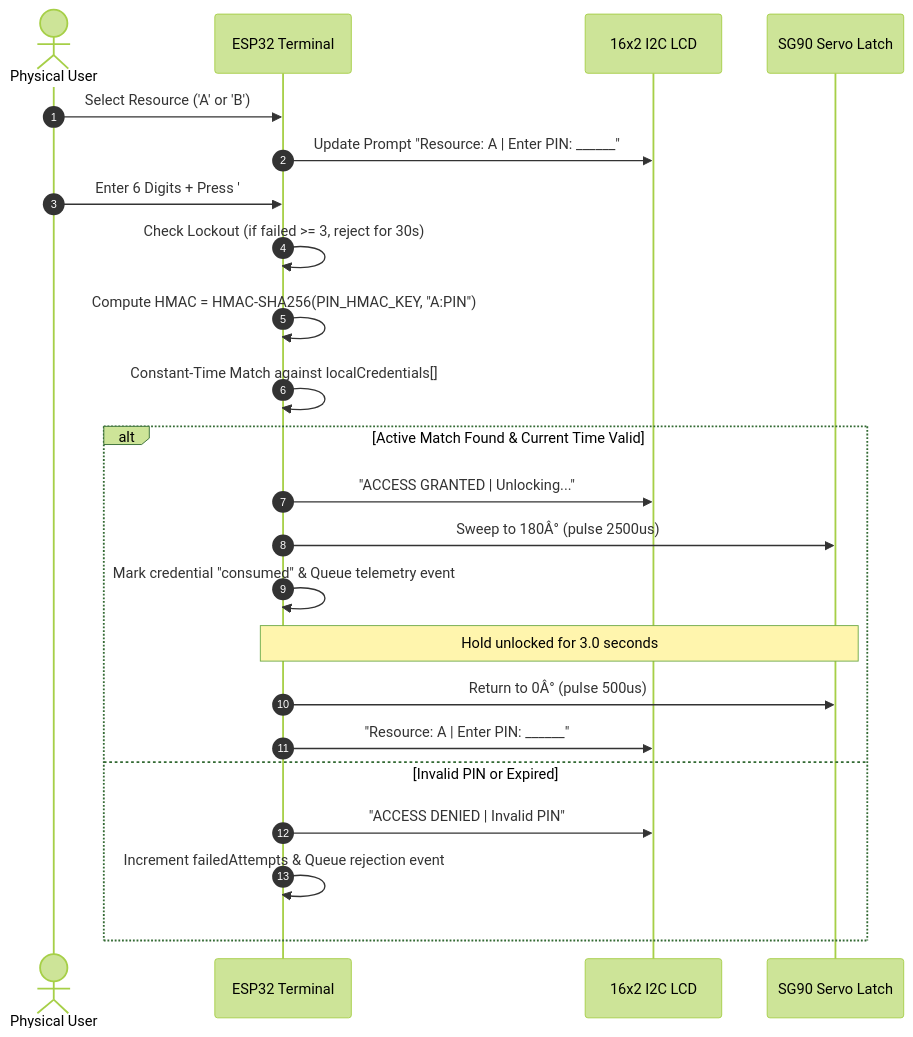
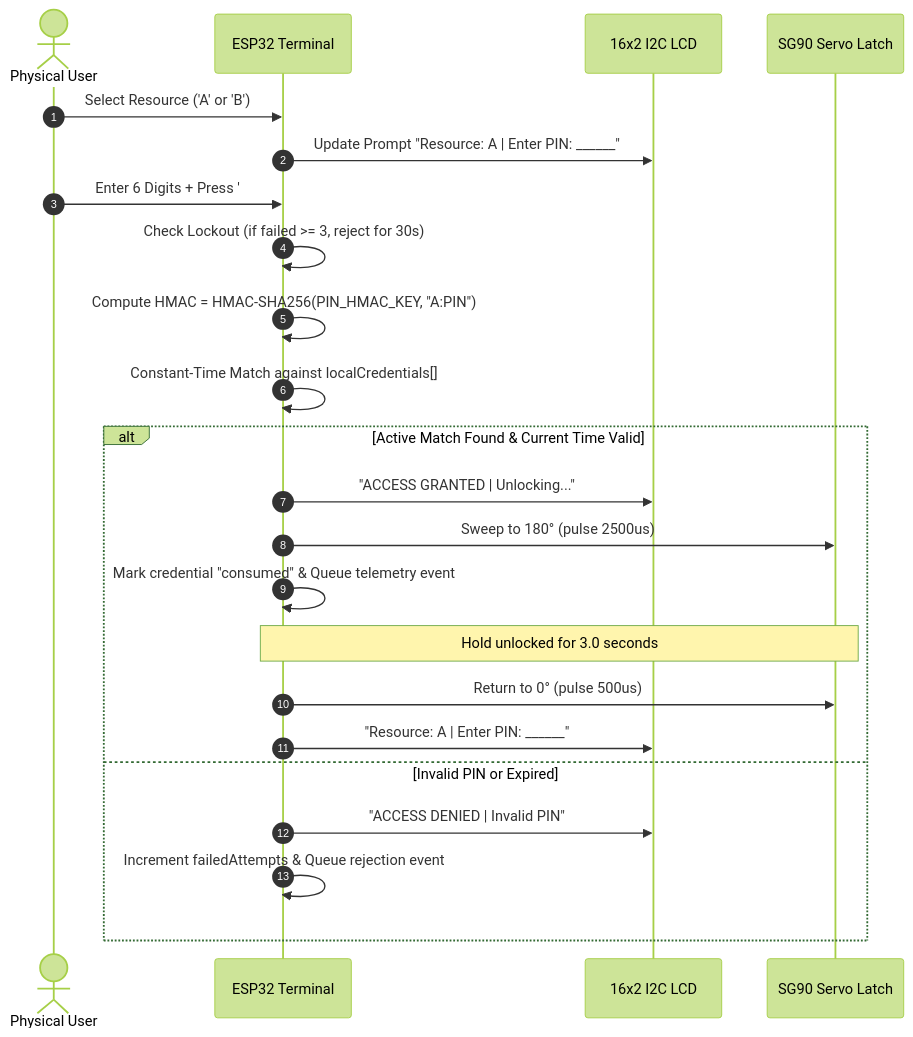
Before and after one commit to santa0705/digital-key-access-control: the second of 3 diagrams in docs/architecture.md, drawn with Mermaid (forest theme). The commit also changed other lines of this file and 4 other files, not shown here.

````diff
--- a/docs/architecture.md
+++ b/docs/architecture.md
@@ -76,27 +76,27 @@
 ```mermaid
 sequenceDiagram
     autonumber
     actor User as Physical User
     participant Terminal as ESP32 Terminal
     participant LCD as 16x2 I2C LCD
     participant Latch as SG90 Servo Latch
 
     User->>Terminal: Select Resource ('A' or 'B')
     Terminal->>LCD: Update Prompt "Resource: A | Enter PIN: ______"
     User->>Terminal: Enter 6 Digits + Press '#'
     Terminal->>Terminal: Check Lockout (if failed >= 3, reject for 30s)
     Terminal->>Terminal: Compute HMAC = HMAC-SHA256(PIN_HMAC_KEY, "A:PIN")
     Terminal->>Terminal: Constant-Time Match against localCredentials[]
 
     alt Active Match Found & Current Time Valid
         Terminal->>LCD: "ACCESS GRANTED | Unlocking..."
-        Terminal->>Latch: Sweep to 180Â° (pulse 2500us)
+        Terminal->>Latch: Sweep to 180° (pulse 2500us)
         Terminal->>Terminal: Mark credential "consumed" & Queue telemetry event
         Note over Terminal,Latch: Hold unlocked for 3.0 seconds
-        Terminal->>Latch: Return to 0Â° (pulse 500us)
+        Terminal->>Latch: Return to 0° (pulse 500us)
         Terminal->>LCD: "Resource: A | Enter PIN: ______"
     else Invalid PIN or Expired
         Terminal->>LCD: "ACCESS DENIED | Invalid PIN"
         Terminal->>Terminal: Increment failedAttempts & Queue rejection event
     end
 ```
````
